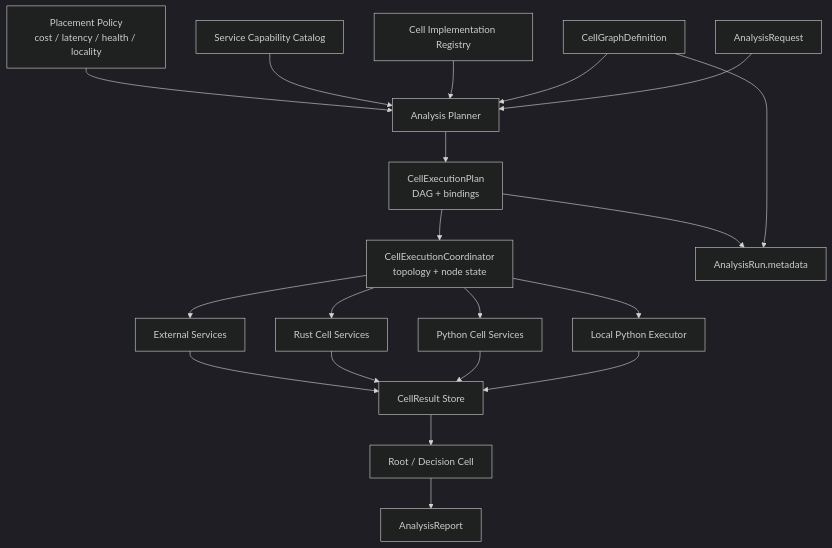
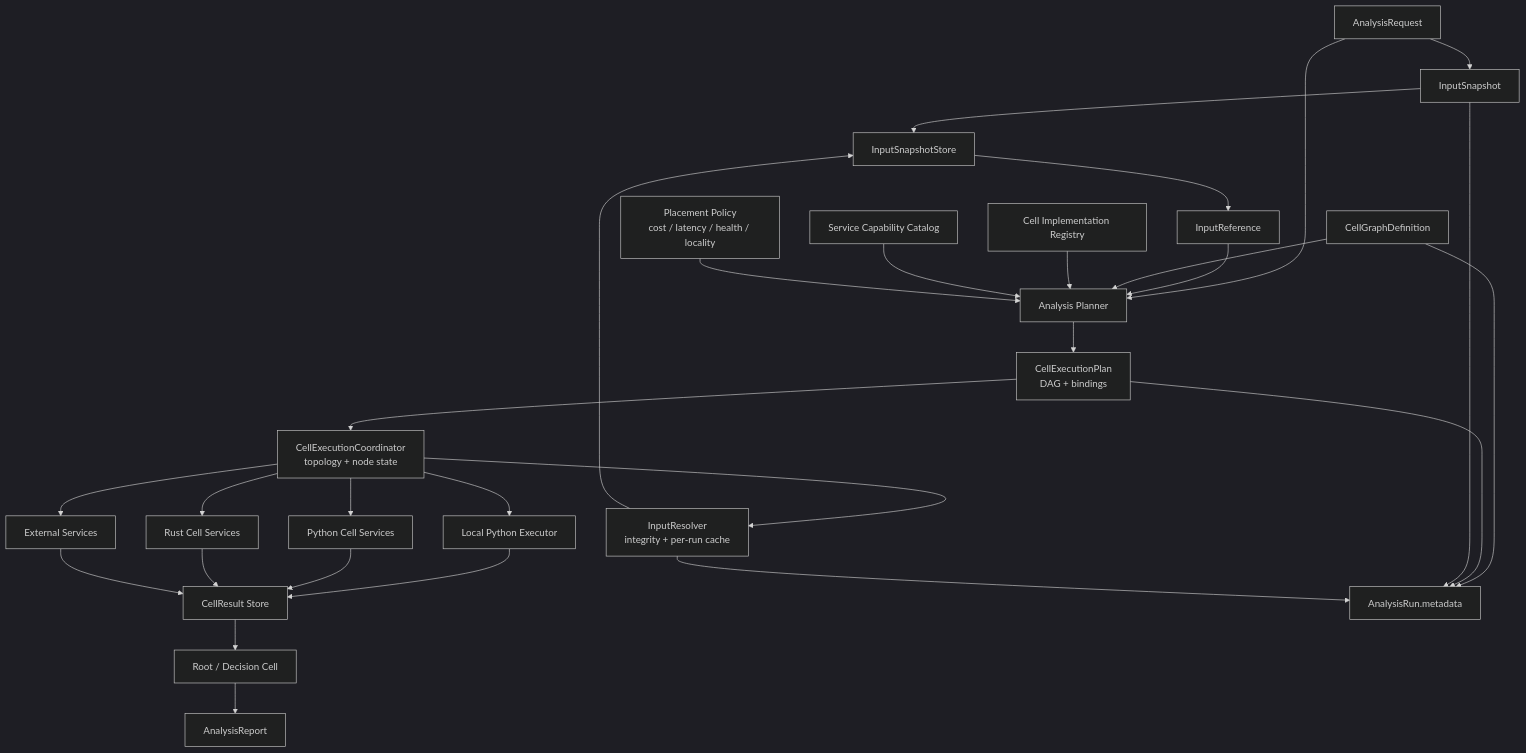
One commit to ModWU/market-cell changed the first of 3 diagrams in docs/cell_execution_fabric.md. Above: the diagram before and after it, drawn with Mermaid (dark theme). The commit also changed other lines of this file and 42 other files, not shown here.

````diff
--- a/docs/cell_execution_fabric.md
+++ b/docs/cell_execution_fabric.md
@@ -53,26 +53,34 @@
 ```mermaid
 flowchart TB
-    Request["AnalysisRequest"] --> Planner["Analysis Planner"]
+    Request["AnalysisRequest"] --> Snapshot["InputSnapshot"]
+    Snapshot --> InputStore["InputSnapshotStore"]
+    InputStore --> Reference["InputReference"]
+    Request --> Planner["Analysis Planner"]
+    Reference --> Planner
     Graph["CellGraphDefinition"] --> Planner
     Registry["Cell Implementation Registry"] --> Planner
     Catalog["Service Capability Catalog"] --> Planner
     Policy["Placement Policy<br/>cost / latency / health / locality"] --> Planner
 
     Planner --> Plan["CellExecutionPlan<br/>DAG + bindings"]
     Plan --> Coordinator["CellExecutionCoordinator<br/>topology + node state"]
+    Coordinator --> Resolver["InputResolver<br/>integrity + per-run cache"]
+    Resolver --> InputStore
 
     Coordinator --> Local["Local Python Executor"]
     Coordinator --> PySvc["Python Cell Services"]
     Coordinator --> RustSvc["Rust Cell Services"]
     Coordinator --> ExtSvc["External Services"]
 
     Local --> Results["CellResult Store"]
     PySvc --> Results
     RustSvc --> Results
     ExtSvc --> Results
 
     Results --> Root["Root / Decision Cell"]
     Root --> Report["AnalysisReport"]
     Graph --> Run["AnalysisRun.metadata"]
     Plan --> Run["AnalysisRun.metadata"]
+    Snapshot --> Run
+    Resolver --> Run
 ```
````
